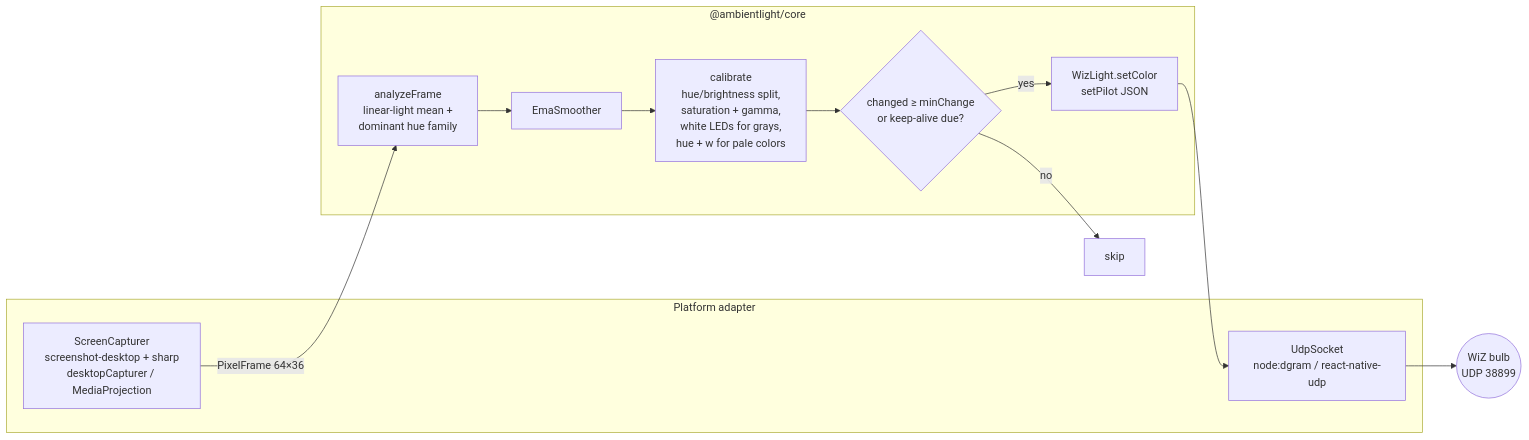
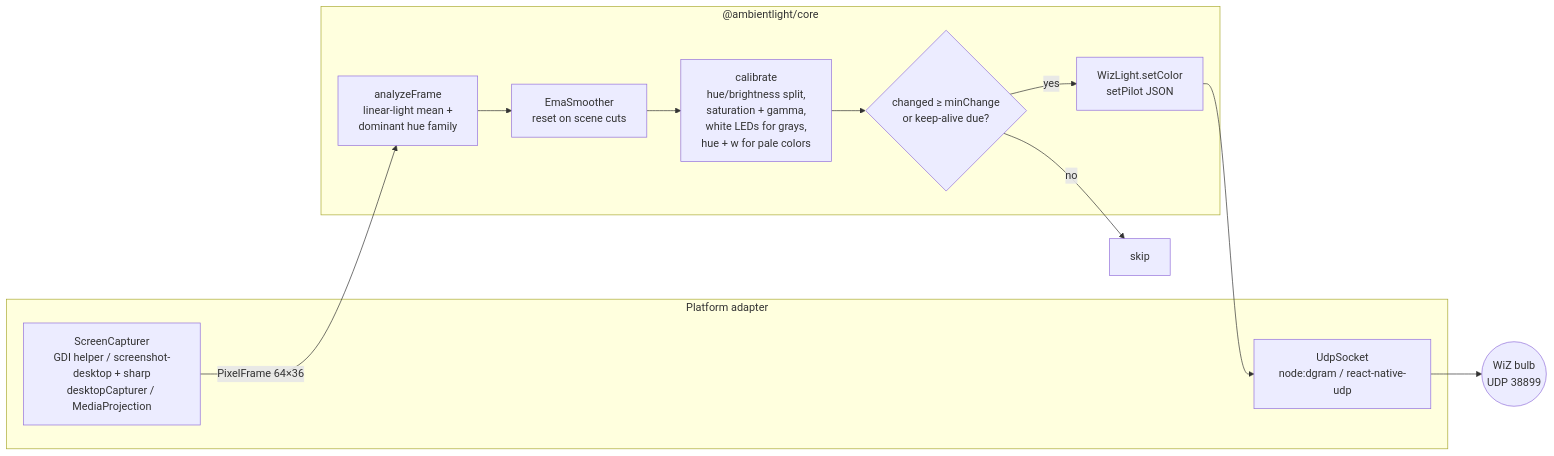
One commit to egaexplorer/AmbientLight changed the diagram in docs/ARCHITECTURE.md. Above: the diagram before and after it, drawn with Mermaid. The commit also changed other lines of this file and 22 other files, not shown here.

````diff
--- a/docs/ARCHITECTURE.md
+++ b/docs/ARCHITECTURE.md
@@ -9,18 +9,18 @@
 ```mermaid
 flowchart LR
   subgraph Platform adapter
-    CAP[ScreenCapturer<br/>screenshot-desktop + sharp<br/>desktopCapturer / MediaProjection]
+    CAP[ScreenCapturer<br/>GDI helper / screenshot-desktop + sharp<br/>desktopCapturer / MediaProjection]
     UDP[UdpSocket<br/>node:dgram / react-native-udp]
   end
   subgraph "@ambientlight/core"
     AVG[analyzeFrame<br/>linear-light mean +<br/>dominant hue family]
-    EMA[EmaSmoother]
+    EMA[EmaSmoother<br/>reset on scene cuts]
     CAL[calibrate<br/>hue/brightness split,<br/>saturation + gamma,<br/>white LEDs for grays,<br/>hue + w for pale colors]
     GATE{changed ≥ minChange<br/>or keep-alive due?}
     WIZ[WizLight.setColor<br/>setPilot JSON]
   end
   BULB((WiZ bulb<br/>UDP 38899))
 
   CAP -->|PixelFrame 64×36| AVG --> EMA --> CAL --> GATE -->|yes| WIZ --> UDP --> BULB
   GATE -->|no| SKIP[skip]
 ```
````
